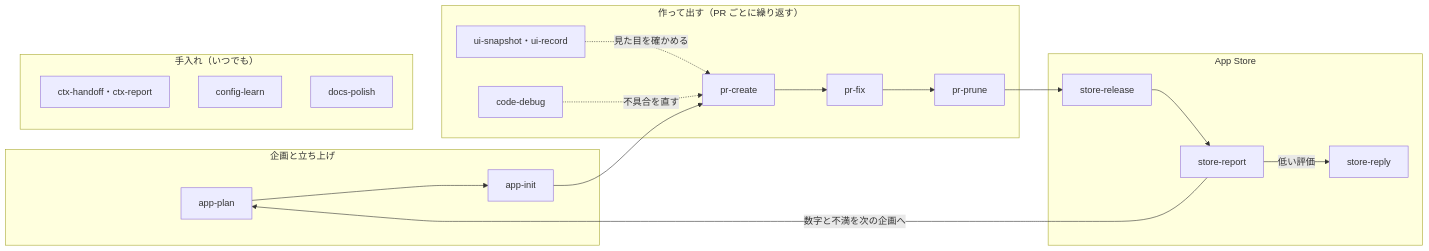
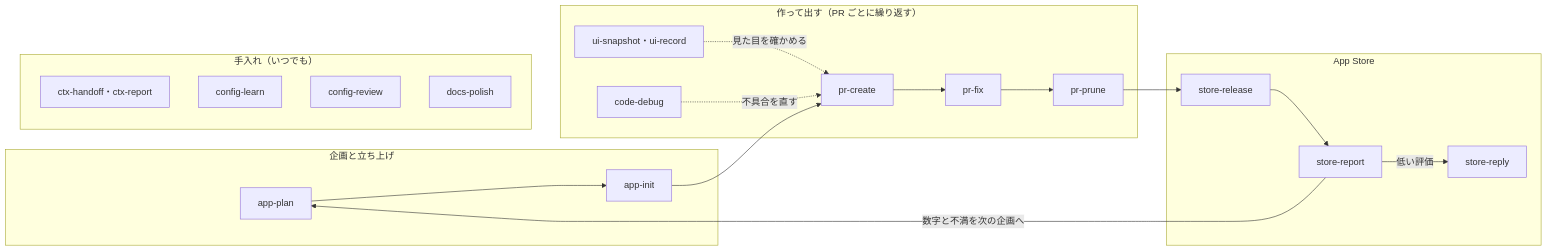
One commit to yossibank/claude-config changed the fourth of 4 diagrams in README.md. Above: the diagram before and after it, drawn with Mermaid. The commit also changed other lines of this file and 2 other files, not shown here.

First line of the commit message:
feat: add an improvement ledger and a config-review skill (#106)

````diff
--- a/README.md
+++ b/README.md
@@ -190,24 +191,25 @@
 ```mermaid
 flowchart LR
     subgraph plan["企画と立ち上げ"]
         appPlan["app-plan"] --> appInit["app-init"]
     end
     subgraph build["作って出す（PR ごとに繰り返す）"]
         ui["ui-snapshot・ui-record"] -.->|見た目を確かめる| prCreate["pr-create"]
         codeDebug["code-debug"] -.->|不具合を直す| prCreate
         prCreate --> prFix["pr-fix"]
         prFix --> prPrune["pr-prune"]
     end
     subgraph store["App Store"]
         storeRelease["store-release"] --> storeReport["store-report"]
         storeReport -->|低い評価| storeReply["store-reply"]
     end
     subgraph care["手入れ（いつでも）"]
         ctx["ctx-handoff・ctx-report"]
         configLearn["config-learn"]
+        configReview["config-review"]
         docsPolish["docs-polish"]
     end
     appInit --> prCreate
     prPrune --> storeRelease
     storeReport -->|数字と不満を次の企画へ| appPlan
 ```
````
